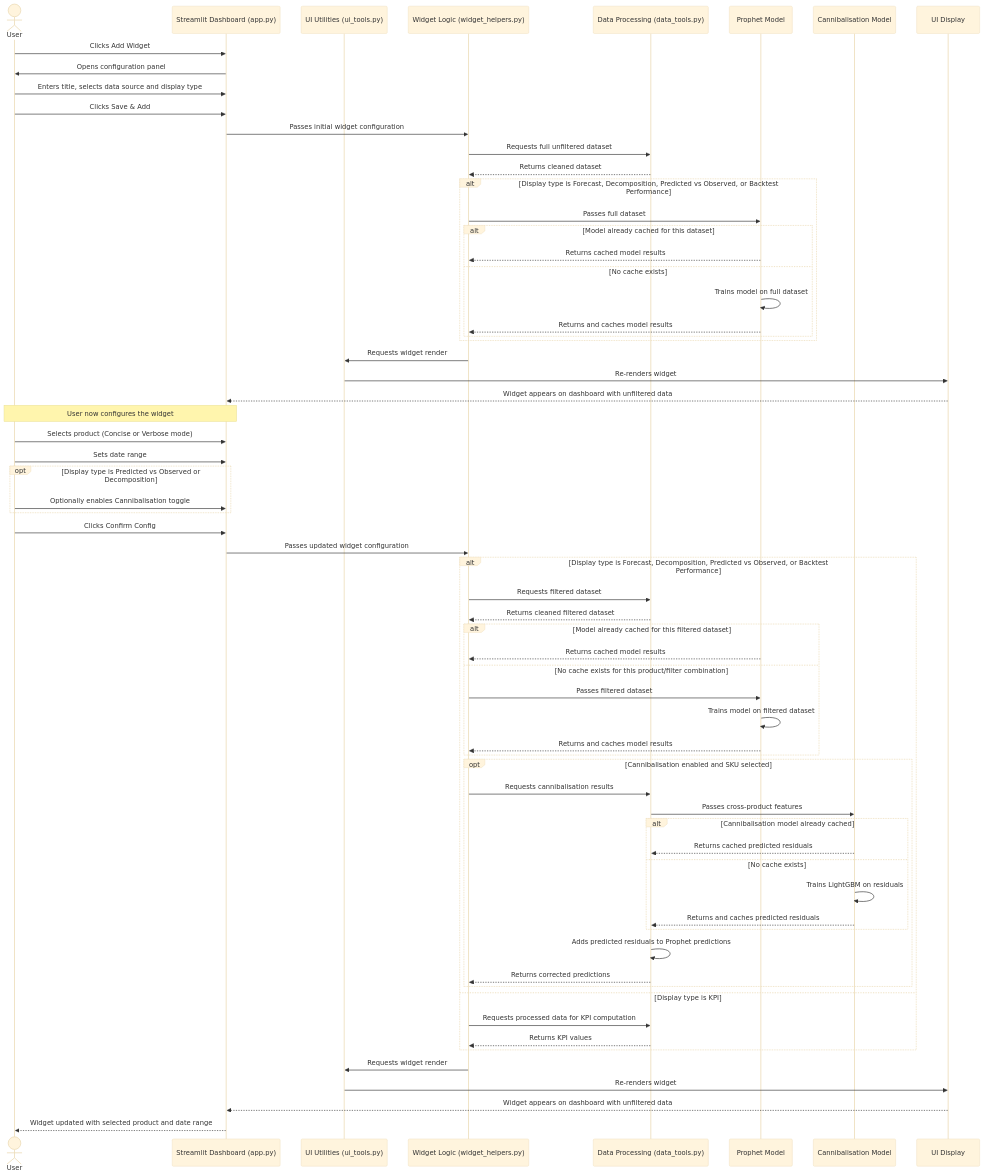
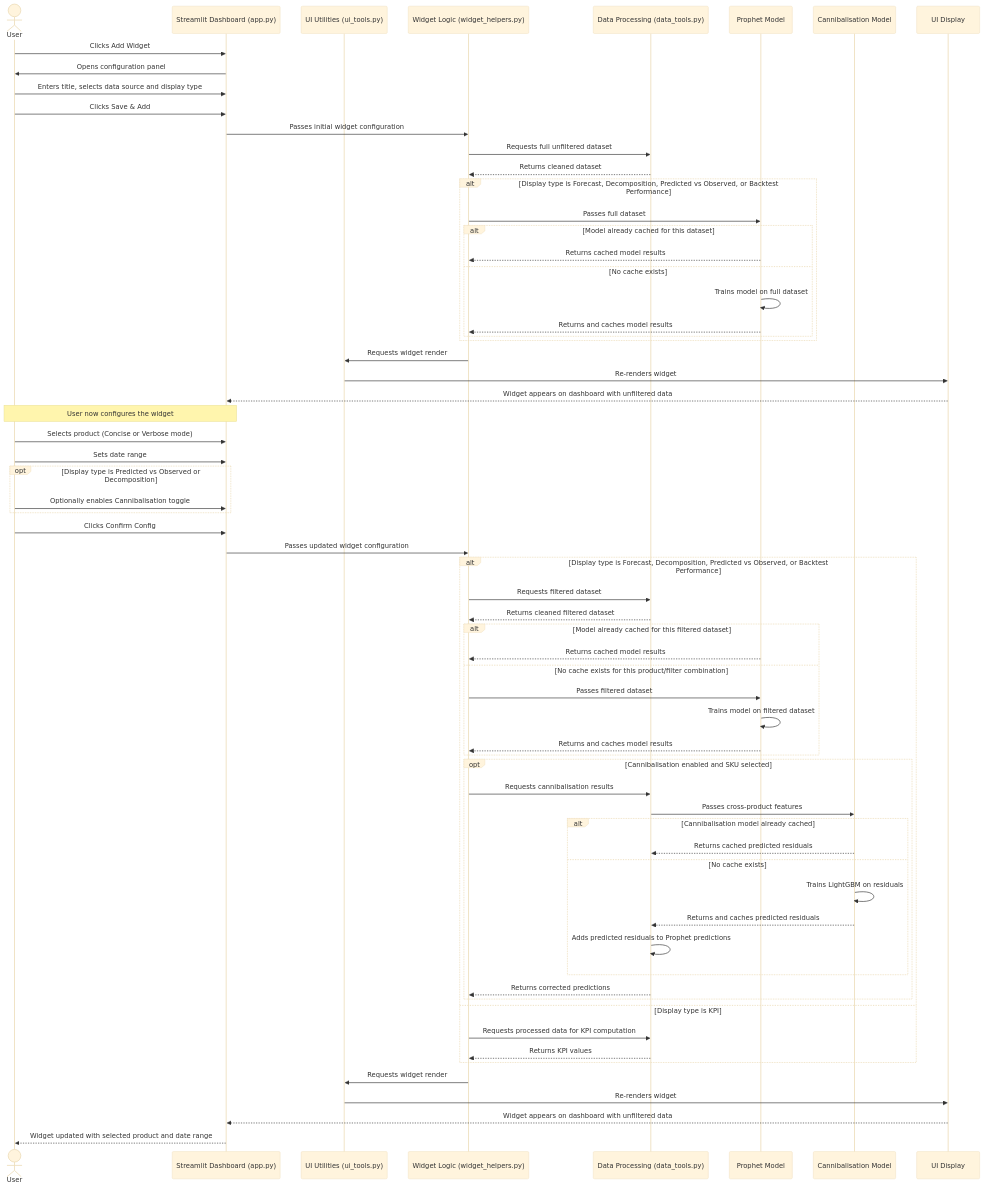
One commit to tt1m/baseline-sales-modelling-report changed the second of 4 diagrams in docs/system-design.md. Above: the diagram before and after it, drawn with Mermaid.

Commit message:
sysdes slight change in sequence diagram

````diff
--- a/docs/system-design.md
+++ b/docs/system-design.md
@@ -104,73 +104,73 @@
 ```mermaid
 %%{init: {'theme': 'base', 'themeVariables': {'fontSize': '18px', 'nodePadding': 20, 'spacing': 50}}}%%
 
 sequenceDiagram
     actor User
     participant Dashboard as Streamlit Dashboard (app.py)
     participant UITools as UI Utilities (ui_tools.py)
     participant WidgetHelpers as Widget Logic (widget_helpers.py)
     participant DataTools as Data Processing (data_tools.py)
     participant Prophet as Prophet Model
     participant Cannibalisation as Cannibalisation Model
     participant UIDisplay as UI Display
 
     User->>Dashboard: Clicks Add Widget
     Dashboard->>User: Opens configuration panel
     User->>Dashboard: Enters title, selects data source and display type
     User->>Dashboard: Clicks Save & Add
     Dashboard->>WidgetHelpers: Passes initial widget configuration
     WidgetHelpers->>DataTools: Requests full unfiltered dataset
     DataTools-->>WidgetHelpers: Returns cleaned dataset
     alt Display type is Forecast, Decomposition, Predicted vs Observed, or Backtest Performance
         WidgetHelpers->>Prophet: Passes full dataset
         alt Model already cached for this dataset
             Prophet-->>WidgetHelpers: Returns cached model results
         else No cache exists
             Prophet->>Prophet: Trains model on full dataset
             Prophet-->>WidgetHelpers: Returns and caches model results
         end
     end
     WidgetHelpers->>UITools: Requests widget render
     UITools->>UIDisplay: Re-renders widget
     UIDisplay-->>Dashboard: Widget appears on dashboard with unfiltered data
 
     Note over User,Dashboard: User now configures the widget
 
     User->>Dashboard: Selects product (Concise or Verbose mode)
     User->>Dashboard: Sets date range
     opt Display type is Predicted vs Observed or Decomposition
         User->>Dashboard: Optionally enables Cannibalisation toggle
     end
     User->>Dashboard: Clicks Confirm Config
     Dashboard->>WidgetHelpers: Passes updated widget configuration
     alt Display type is Forecast, Decomposition, Predicted vs Observed, or Backtest Performance
         WidgetHelpers->>DataTools: Requests filtered dataset
         DataTools-->>WidgetHelpers: Returns cleaned filtered dataset
         alt Model already cached for this filtered dataset
             Prophet-->>WidgetHelpers: Returns cached model results
         else No cache exists for this product/filter combination
             WidgetHelpers->>Prophet: Passes filtered dataset
             Prophet->>Prophet: Trains model on filtered dataset
             Prophet-->>WidgetHelpers: Returns and caches model results
         end
         opt Cannibalisation enabled and SKU selected
             WidgetHelpers->>DataTools: Requests cannibalisation results
             DataTools->>Cannibalisation: Passes cross-product features
             alt Cannibalisation model already cached
                 Cannibalisation-->>DataTools: Returns cached predicted residuals
             else No cache exists
                 Cannibalisation->>Cannibalisation: Trains LightGBM on residuals
                 Cannibalisation-->>DataTools: Returns and caches predicted residuals
+                DataTools->>DataTools: Adds predicted residuals to Prophet predictions
             end
-            DataTools->>DataTools: Adds predicted residuals to Prophet predictions
             DataTools-->>WidgetHelpers: Returns corrected predictions
         end
     else Display type is KPI
         WidgetHelpers->>DataTools: Requests processed data for KPI computation
         DataTools-->>WidgetHelpers: Returns KPI values
     end
     WidgetHelpers->>UITools: Requests widget render
     UITools->>UIDisplay: Re-renders widget 
     UIDisplay-->>Dashboard: Widget appears on dashboard with unfiltered data
     Dashboard-->>User: Widget updated with selected product and date range
 ```
````
